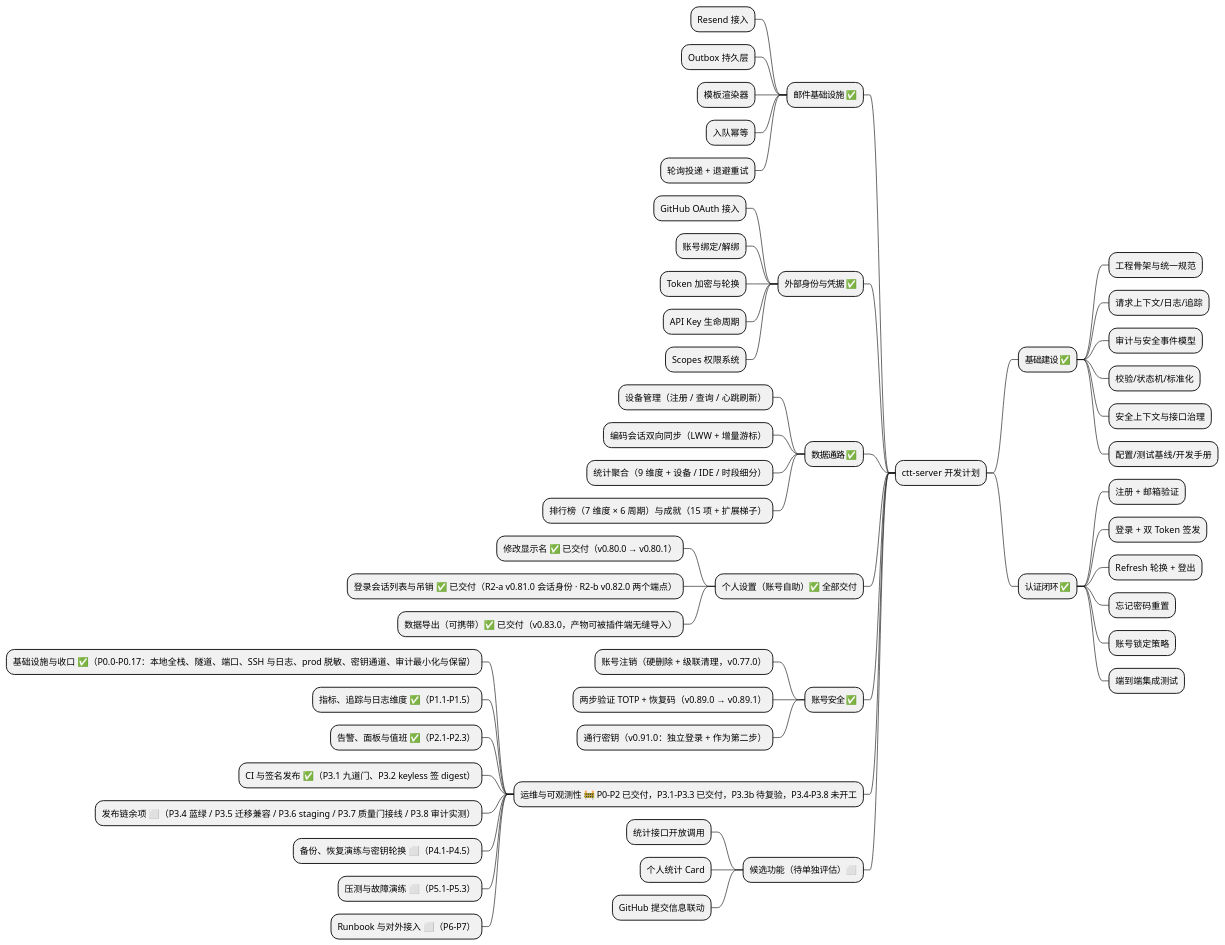
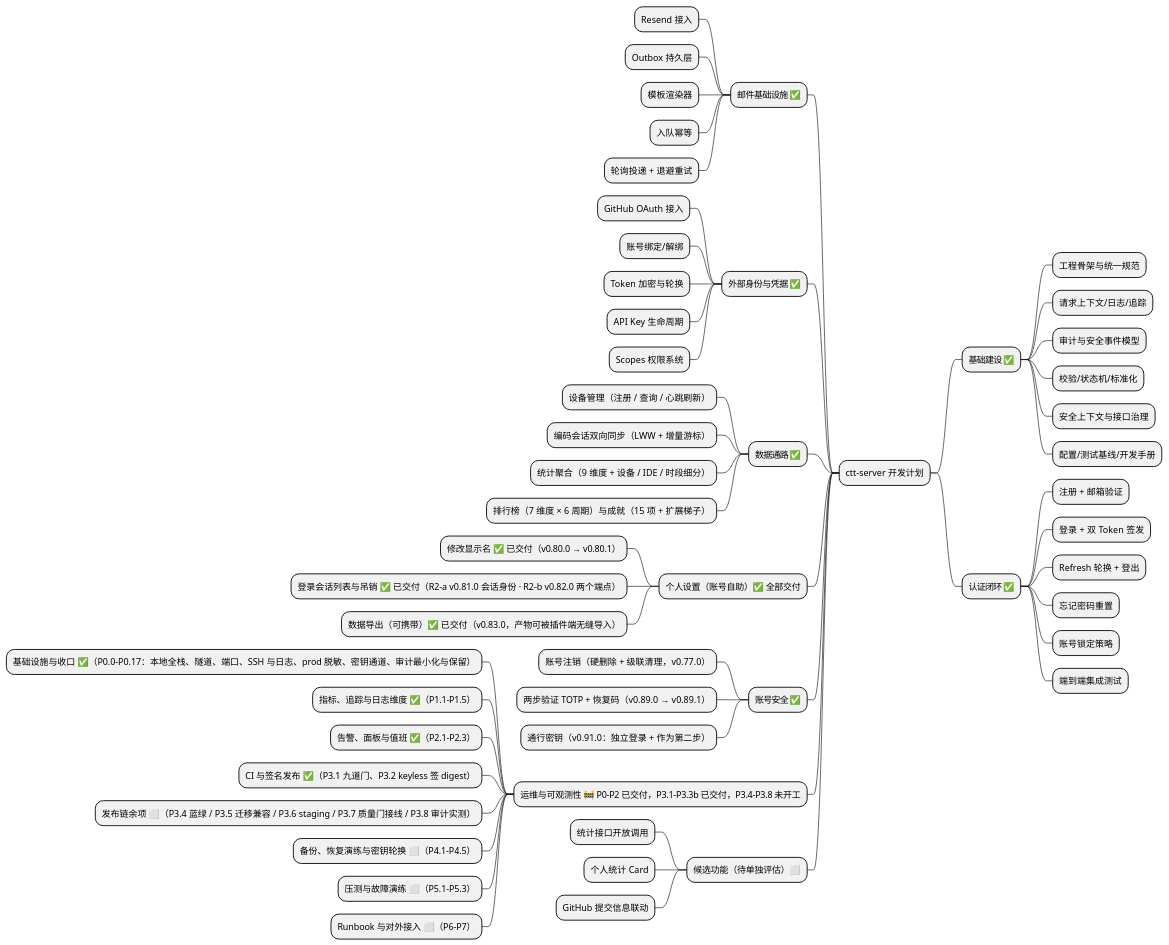
The first of 9 diagrams in .plans/ctt-server-development-plan.md (AhogeK/ctt-server), drawn with PlantUML before and after one commit. The commit also changed other lines of this file and 4 other files, not shown here.

````diff
--- a/.plans/ctt-server-development-plan.md
+++ b/.plans/ctt-server-development-plan.md
@@ -34,59 +34,59 @@
 ```plantuml
 @startmindmap
 * ctt-server 开发计划
 ** 基础建设 ✅
 *** 工程骨架与统一规范
 *** 请求上下文/日志/追踪
 *** 审计与安全事件模型
 *** 校验/状态机/标准化
 *** 安全上下文与接口治理
 *** 配置/测试基线/开发手册
 ** 认证闭环 ✅
 *** 注册 + 邮箱验证
 *** 登录 + 双 Token 签发
 *** Refresh 轮换 + 登出
 *** 忘记密码重置
 *** 账号锁定策略
 *** 端到端集成测试
 
 left side
 ** 邮件基础设施 ✅
 *** Resend 接入
 *** Outbox 持久层
 *** 模板渲染器
 *** 入队幂等
 *** 轮询投递 + 退避重试
 ** 外部身份与凭据 ✅
 *** GitHub OAuth 接入
 *** 账号绑定/解绑
 *** Token 加密与轮换
 *** API Key 生命周期
 *** Scopes 权限系统
 ** 数据通路 ✅
 *** 设备管理（注册 / 查询 / 心跳刷新）
 *** 编码会话双向同步（LWW + 增量游标）
 *** 统计聚合（9 维度 + 设备 / IDE / 时段细分）
 *** 排行榜（7 维度 × 6 周期）与成就（15 项 + 扩展梯子）
 ** 个人设置（账号自助）✅ 全部交付
 *** 修改显示名 ✅ 已交付（v0.80.0 → v0.80.1）
 *** 登录会话列表与吊销 ✅ 已交付（R2-a v0.81.0 会话身份 · R2-b v0.82.0 两个端点）
 *** 数据导出（可携带）✅ 已交付（v0.83.0，产物可被插件端无缝导入）
 ** 账号安全 ✅
 *** 账号注销（硬删除 + 级联清理，v0.77.0）
 *** 两步验证 TOTP + 恢复码（v0.89.0 → v0.89.1）
 *** 通行密钥（v0.91.0：独立登录 + 作为第二步）
-** 运维与可观测性 🚧 P0–P2 已交付，P3.1–P3.3 已交付，P3.3b 待复验，P3.4–P3.8 未开工
+** 运维与可观测性 🚧 P0–P2 已交付，P3.1–P3.3b 已交付，P3.4–P3.8 未开工
 *** 基础设施与收口 ✅（P0.0–P0.17：本地全栈、隧道、端口、SSH 与日志、prod 脱敏、密钥通道、审计最小化与保留）
 *** 指标、追踪与日志维度 ✅（P1.1–P1.5）
 *** 告警、面板与值班 ✅（P2.1–P2.3）
 *** CI 与签名发布 ✅（P3.1 九道门、P3.2 keyless 签 digest）
 *** 发布链余项 ⬜（P3.4 蓝绿 / P3.5 迁移兼容 / P3.6 staging / P3.7 质量门接线 / P3.8 审计实测）
 *** 备份、恢复演练与密钥轮换 ⬜（P4.1–P4.5）
 *** 压测与故障演练 ⬜（P5.1–P5.3）
 *** Runbook 与对外接入 ⬜（P6–P7）
 ** 候选功能（待单独评估）⬜
 *** 统计接口开放调用
 *** 个人统计 Card
 *** GitHub 提交信息联动
 @endmindmap
 ```
````
